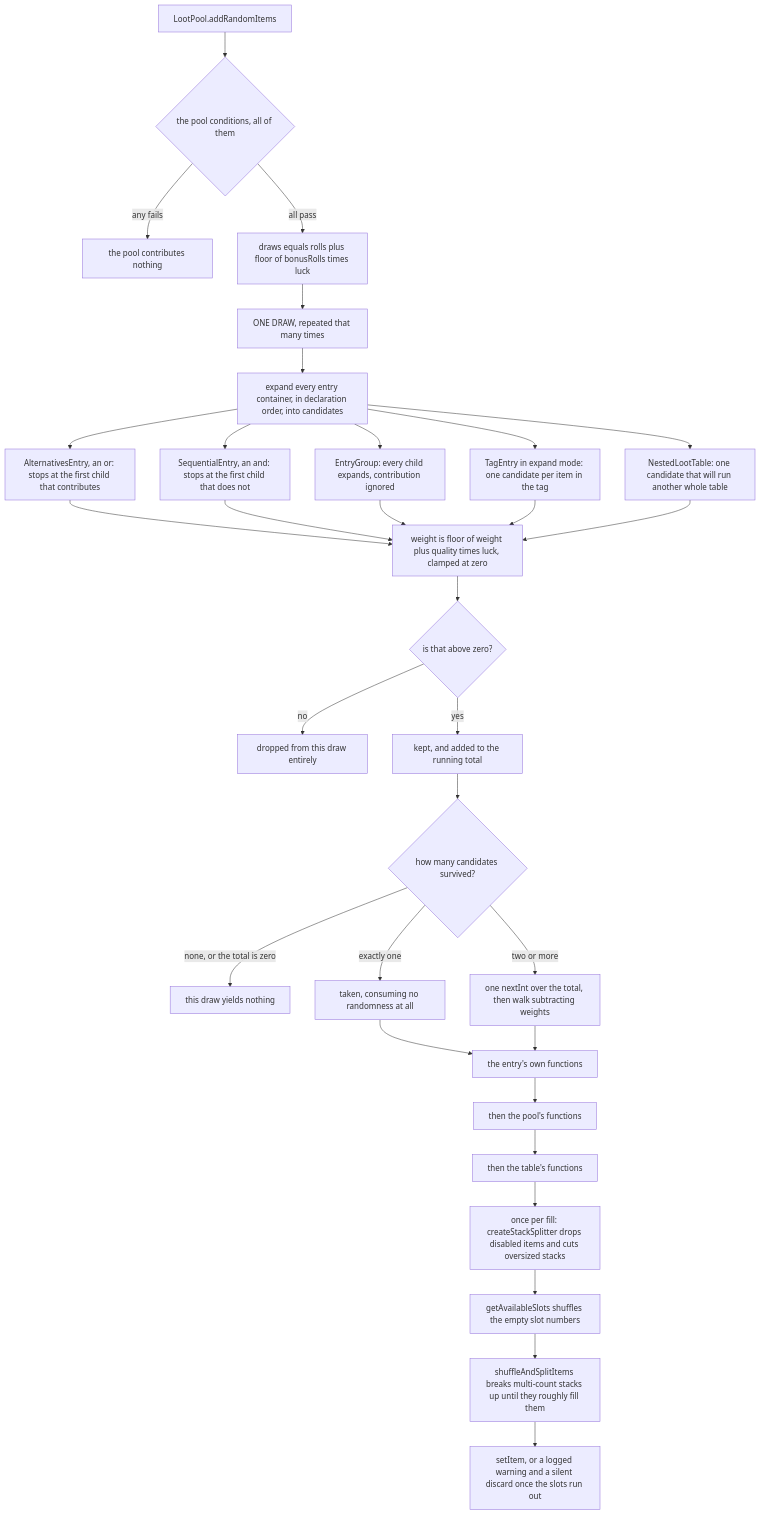
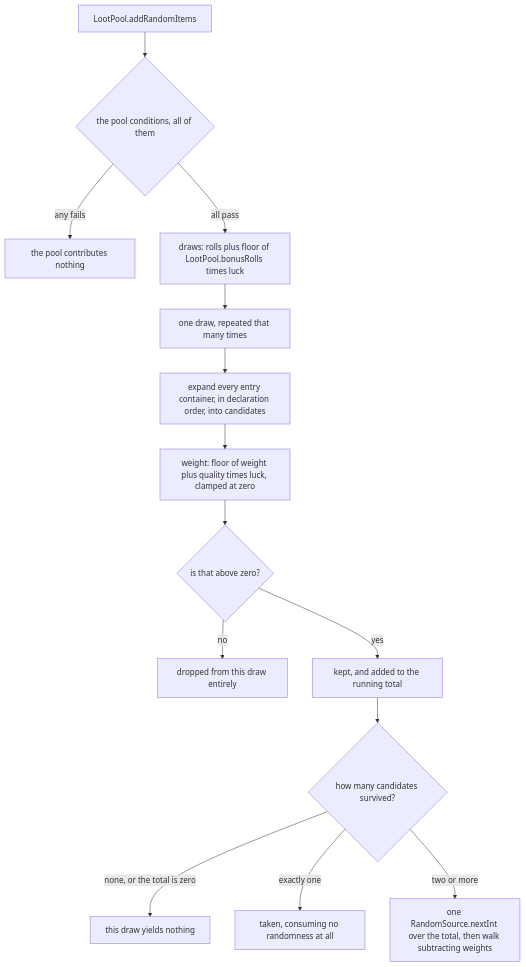
Before and after one commit to AlexanderjFraser/MinecraftDocs: the second of 2 diagrams in src/systems/items/loot-tables.md, drawn with Mermaid. The commit also changed other lines of this file and 19 other files, not shown here.

````diff
--- a/src/systems/items/loot-tables.md
+++ b/src/systems/items/loot-tables.md
@@ -182,33 +195,16 @@
 ```mermaid
 flowchart TD
     A["LootPool.addRandomItems"] --> B{"the pool conditions, all of them"}
     B -->|"any fails"| Z["the pool contributes nothing"]
-    B -->|"all pass"| C["draws equals rolls plus floor of bonusRolls times luck"]
-    C --> D["ONE DRAW, repeated that many times"]
+    B -->|"all pass"| C["draws: rolls plus floor of LootPool.bonusRolls times luck"]
+    C --> D["one draw, repeated that many times"]
     D --> E["expand every entry container, in declaration order, into candidates"]
-    E --> F["AlternativesEntry, an or: stops at the first child that contributes"]
-    E --> G["SequentialEntry, an and: stops at the first child that does not"]
-    E --> H["EntryGroup: every child expands, contribution ignored"]
-    E --> I["TagEntry in expand mode: one candidate per item in the tag"]
-    E --> J["NestedLootTable: one candidate that will run another whole table"]
-    F --> K["weight is floor of weight plus quality times luck, clamped at zero"]
-    G --> K
-    H --> K
-    I --> K
-    J --> K
+    E --> K["weight: floor of weight plus quality times luck, clamped at zero"]
     K --> L{"is that above zero?"}
     L -->|"no"| M["dropped from this draw entirely"]
     L -->|"yes"| N["kept, and added to the running total"]
     N --> O{"how many candidates survived?"}
     O -->|"none, or the total is zero"| Z2["this draw yields nothing"]
     O -->|"exactly one"| P["taken, consuming no randomness at all"]
-    O -->|"two or more"| Q["one nextInt over the total, then walk subtracting weights"]
-    P --> R["the entry's own functions"]
-    Q --> R
-    R --> S["then the pool's functions"]
-    S --> T["then the table's functions"]
-    T --> U["once per fill: createStackSplitter drops disabled items and cuts oversized stacks"]
-    U --> V["getAvailableSlots shuffles the empty slot numbers"]
-    V --> W["shuffleAndSplitItems breaks multi-count stacks up until they roughly fill them"]
-    W --> X["setItem, or a logged warning and a silent discard once the slots run out"]
+    O -->|"two or more"| Q["one RandomSource.nextInt over the total, then walk subtracting weights"]
 ```
````
